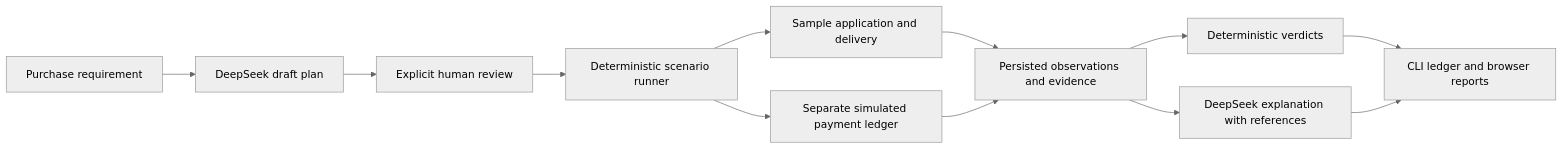
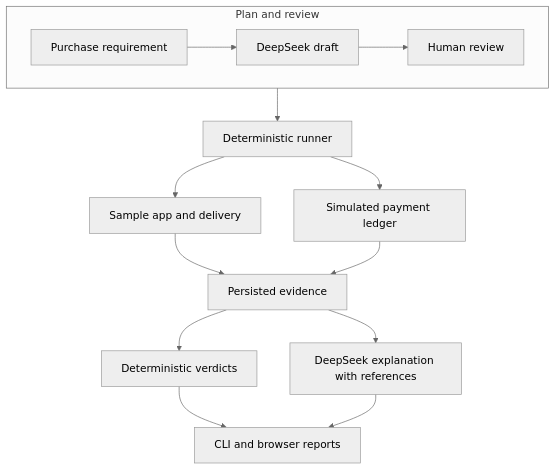
The diagram in README.md (desanv01/PayProbe), drawn with Mermaid (neutral theme) before and after one commit. The commit also changed 1 other file, not shown here.

Commit message:
docs: improve diagram readability and classify demonstration sources

```diff
--- a/README.md
+++ b/README.md
@@ -220,14 +220,17 @@
 ~~~mermaid
-flowchart LR
-    A[Purchase requirement] --> B[DeepSeek draft plan]
-    B --> C[Explicit human review]
-    C --> D[Deterministic scenario runner]
-    D --> E[Sample application and delivery]
-    D --> F[Separate simulated payment ledger]
-    E --> G[Persisted observations and evidence]
+flowchart TB
+    subgraph Planning[Plan and review]
+        direction LR
+        A[Purchase requirement] --> B[DeepSeek draft]
+        B --> C[Human review]
+    end
+    C --> D[Deterministic runner]
+    D --> E[Sample app and delivery]
+    D --> F[Simulated payment ledger]
+    E --> G[Persisted evidence]
     F --> G
     G --> H[Deterministic verdicts]
-    H --> I[CLI ledger and browser reports]
+    H --> I[CLI and browser reports]
     G --> J[DeepSeek explanation with references]
     J --> I
 ~~~
```
